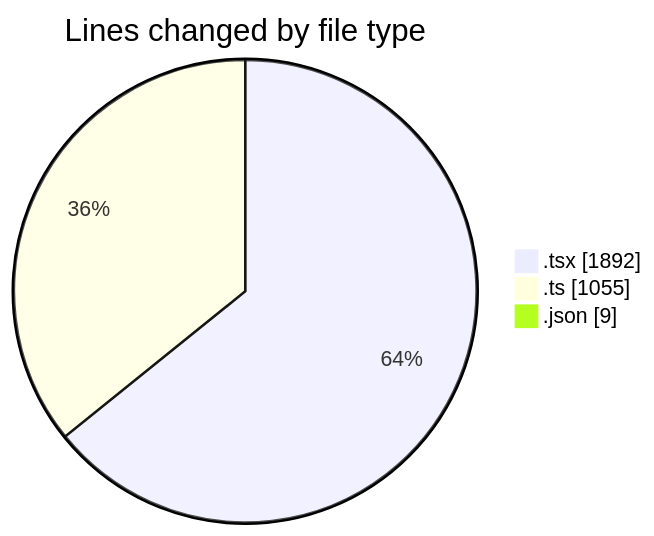
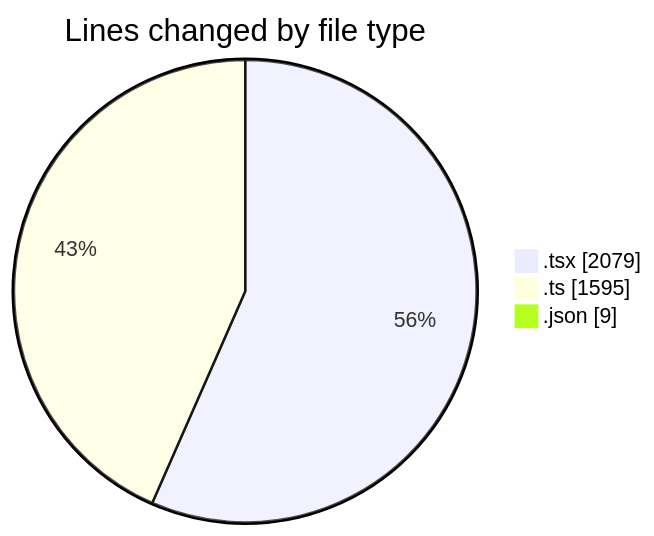
Before and after one commit to julien-gomy/code-tracking: the first of 2 diagrams in 2025-10-15/eventscop-frontend-guide__workspace_/README.md, drawn with Mermaid. The commit also changed other lines of this file and 1 other file, not shown here.

````diff
--- a/2025-10-15/eventscop-frontend-guide__workspace_/README.md
+++ b/2025-10-15/eventscop-frontend-guide__workspace_/README.md
@@ -38,7 +40,7 @@
 ```mermaid
 pie showData
 title Lines changed by file type
-".tsx" : 1892
-".ts" : 1055
+".tsx" : 2079
+".ts" : 1595
 ".json" : 9
 ```
````
